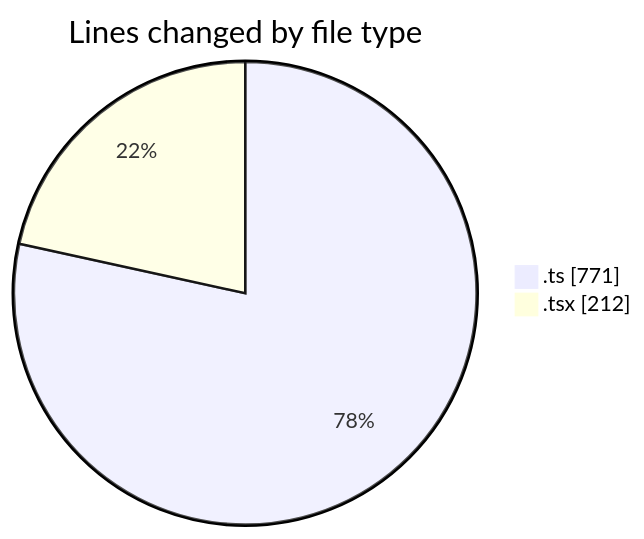
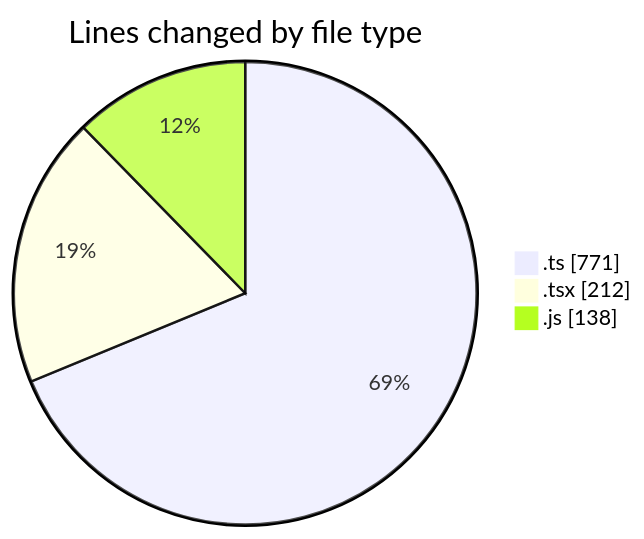
Before and after one commit to momahboobian/code-tracking: the first of 2 diagrams in 2026-03-11/cda/README.md, drawn with Mermaid. The commit also changed other lines of this file and 1 other file, not shown here.

````diff
--- a/2026-03-11/cda/README.md
+++ b/2026-03-11/cda/README.md
@@ -21,6 +22,7 @@
 ```mermaid
 pie showData
 title Lines changed by file type
 ".ts" : 771
 ".tsx" : 212
+".js" : 138
 ```
````
